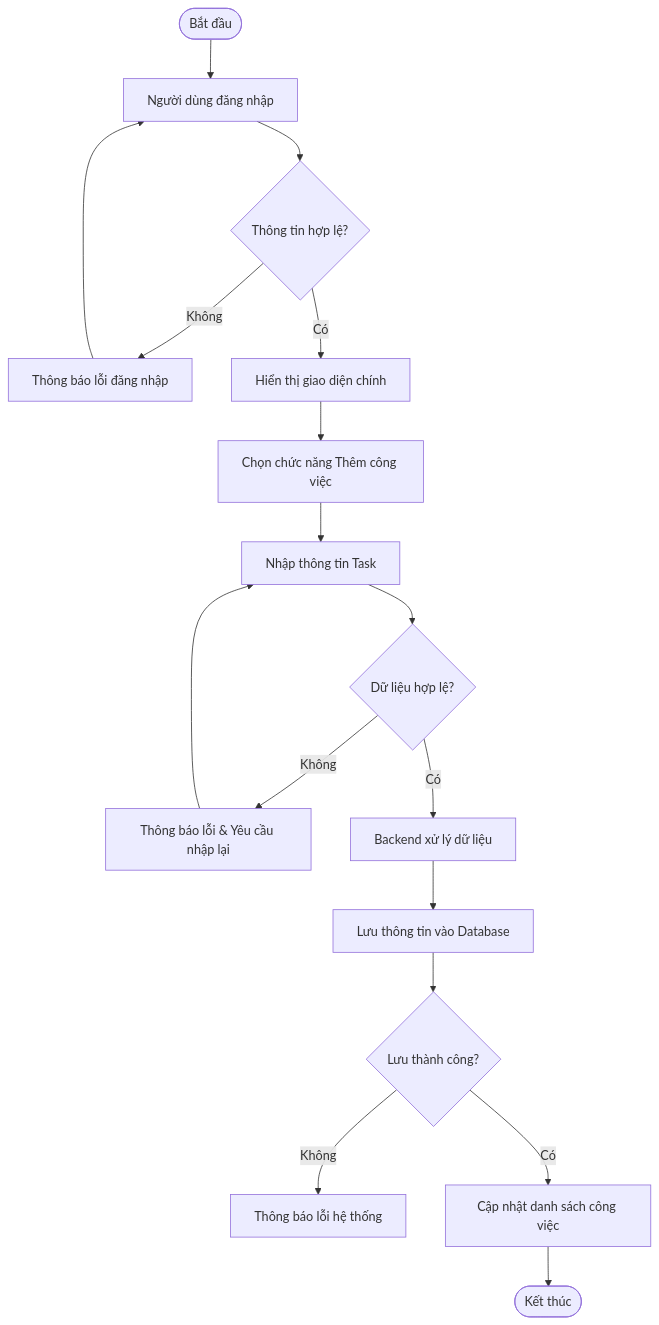
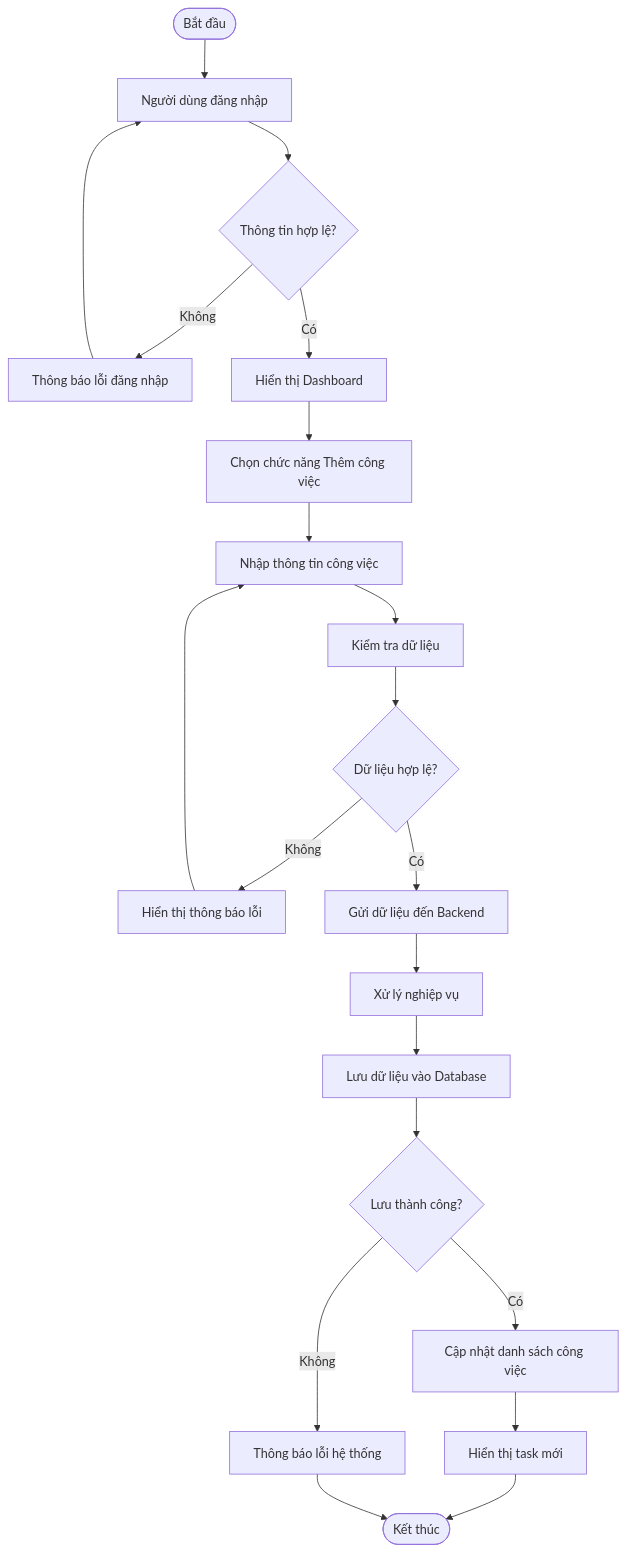
Before and after one commit to anhngocto-prog/He-thong-quan-ly-va-theo-doi-tien-do-cong-viec-ca-nhan: the second of 4 diagrams in ANALYSIS.md, drawn with Mermaid. The commit also changed other lines of this file, not shown here.

````diff
--- a/ANALYSIS.md
+++ b/ANALYSIS.md
@@ -171,35 +175,43 @@
 ```mermaid
 flowchart TD
 
     A([Bắt đầu])
 
     A --> B[Người dùng đăng nhập]
 
     B --> C{Thông tin hợp lệ?}
 
     C -- Không --> D[Thông báo lỗi đăng nhập]
     D --> B
 
-    C -- Có --> E[Hiển thị giao diện chính]
+    C -- Có --> E[Hiển thị Dashboard]
 
     E --> F[Chọn chức năng Thêm công việc]
 
-    F --> G[Nhập thông tin Task]
+    F --> G[Nhập thông tin công việc]
 
-    G --> H{Dữ liệu hợp lệ?}
-    
-    H -- Không --> I[Thông báo lỗi & Yêu cầu nhập lại]
-    I --> G
-    
-    H -- Có --> J[Backend xử lý dữ liệu]
+    G --> H[Kiểm tra dữ liệu]
 
-    J --> K[Lưu thông tin vào Database]
+    H --> I{Dữ liệu hợp lệ?}
 
-    K --> L{Lưu thành công?}
+    I -- Không --> J[Hiển thị thông báo lỗi]
+    J --> G
 
-    L -- Không --> M[Thông báo lỗi hệ thống]
+    I -- Có --> K[Gửi dữ liệu đến Backend]
 
-    L -- Có --> N[Cập nhật danh sách công việc]
+    K --> L[Xử lý nghiệp vụ]
 
-    N --> O([Kết thúc])
+    L --> M[Lưu dữ liệu vào Database]
+
+    M --> N{Lưu thành công?}
+
+    N -- Không --> O[Thông báo lỗi hệ thống]
+
+    N -- Có --> P[Cập nhật danh sách công việc]
+
+    P --> Q[Hiển thị task mới]
+
+    Q --> R([Kết thúc])
+
+    O --> R
 ```
````
